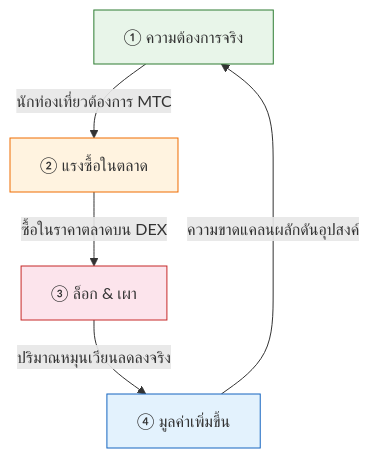
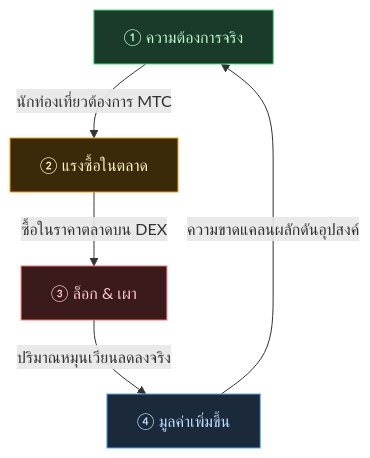
One commit to Cootakahashi/matsuri-dao-whitepaper changed the first of 2 diagrams in i18n/th/docusaurus-plugin-content-docs/current/02-vision.md. Above: the diagram before and after it, drawn with Mermaid. The commit also changed 102 other files, not shown here.

````diff
--- a/i18n/th/docusaurus-plugin-content-docs/current/02-vision.md
+++ b/i18n/th/docusaurus-plugin-content-docs/current/02-vision.md
@@ -42,12 +42,12 @@
 ```mermaid
 graph TD
-    A["① ความต้องการจริง"] -->|นักท่องเที่ยวต้องการ MTC| B["② แรงซื้อในตลาด"]
-    B -->|ซื้อในราคาตลาดบน DEX| C["③ ล็อก & เผา"]
-    C -->|ปริมาณหมุนเวียนลดลงจริง| D["④ มูลค่าเพิ่มขึ้น"]
+    A["① ความต้องการจริง"]:::step1 -->|นักท่องเที่ยวต้องการ MTC| B["② แรงซื้อในตลาด"]:::step2
+    B -->|ซื้อในราคาตลาดบน DEX| C["③ ล็อก & เผา"]:::step3
+    C -->|ปริมาณหมุนเวียนลดลงจริง| D["④ มูลค่าเพิ่มขึ้น"]:::step4
     D -->|ความขาดแคลนผลักดันอุปสงค์| A
 
-    style A fill:#e8f5e9,stroke:#2e7d32
-    style B fill:#fff3e0,stroke:#ef6c00
-    style C fill:#fce4ec,stroke:#c62828
-    style D fill:#e3f2fd,stroke:#1565c0
+    classDef step1 fill:#1a3a2a,stroke:#4ade80,color:#bbf7d0
+    classDef step2 fill:#3a2a0a,stroke:#f59e0b,color:#fef3c7
+    classDef step3 fill:#3a1a1a,stroke:#f87171,color:#fecaca
+    classDef step4 fill:#1a2a3a,stroke:#60a5fa,color:#bfdbfe
 ```
````
